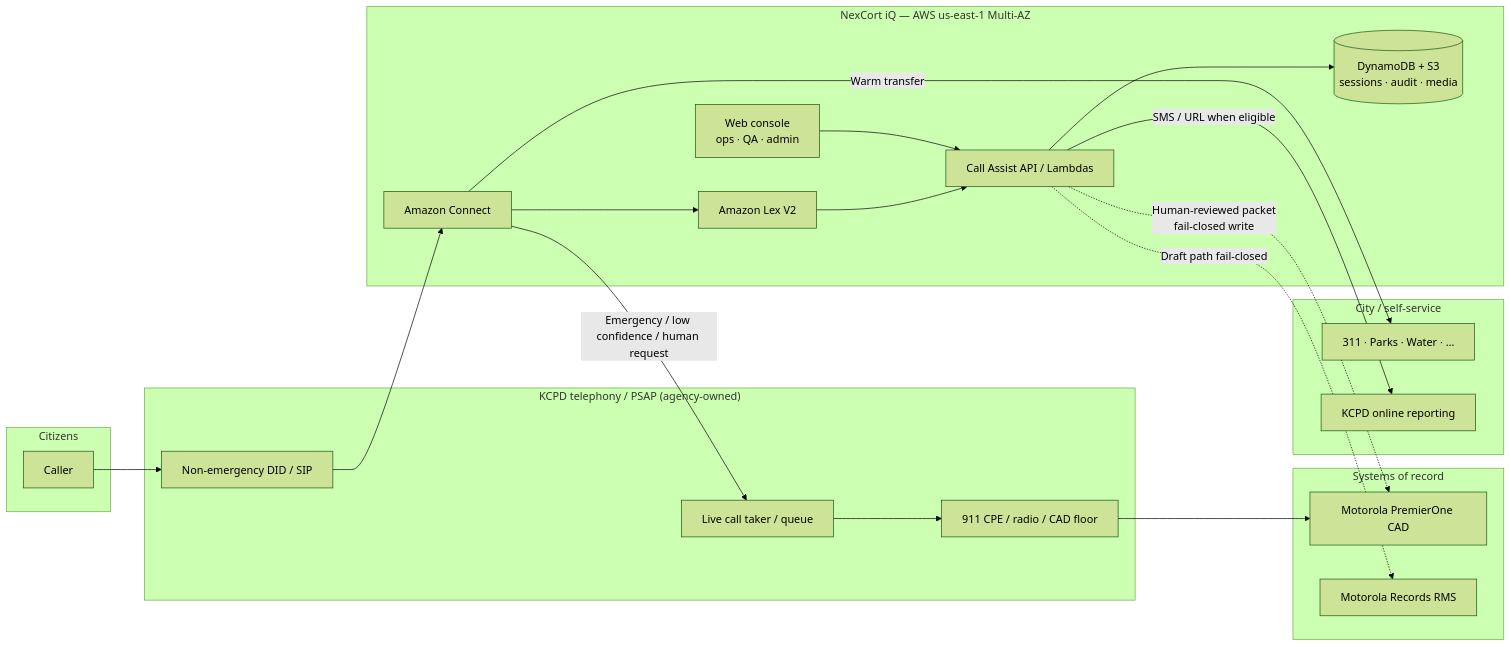
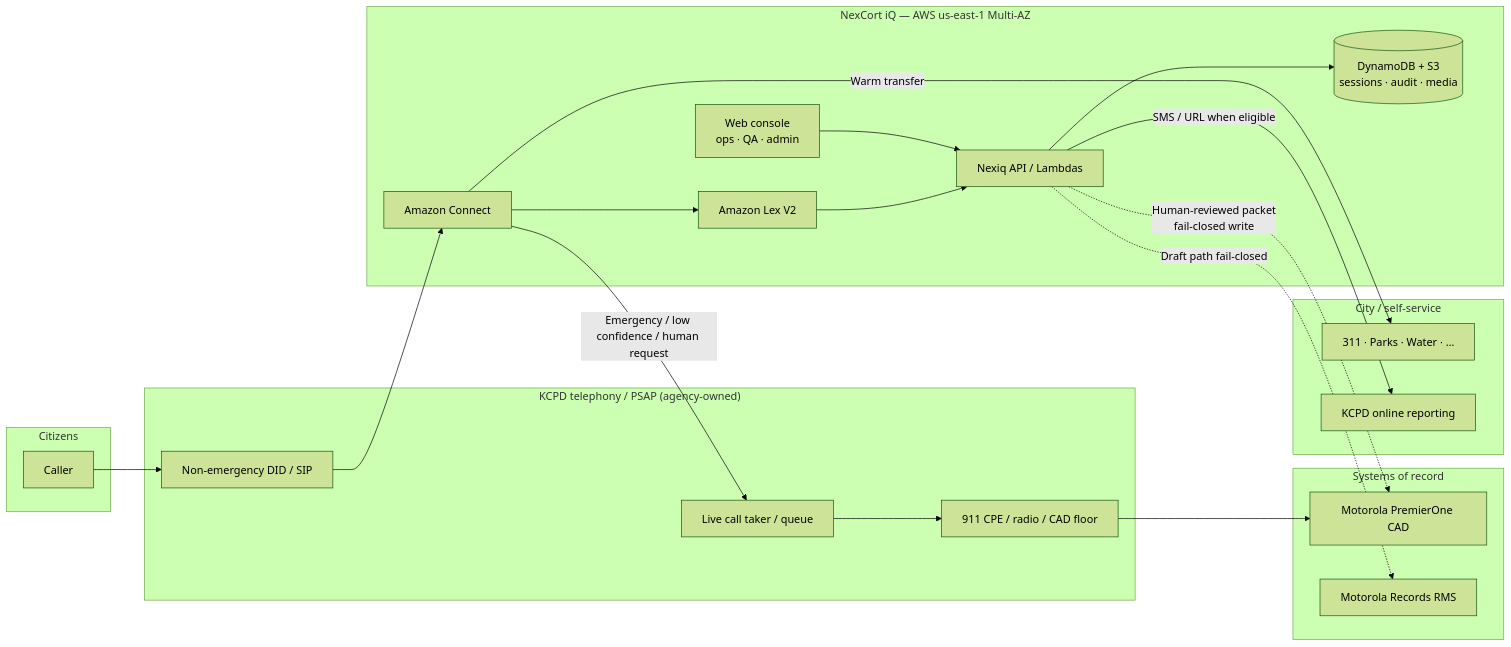
One commit to memphman2004/rapidcortex changed the first of 4 diagrams in docs/rfp/kcpd-2026-0010/07-architecture-overview.md. Above: the diagram before and after it, drawn with Mermaid (forest theme). The commit also changed other lines of this file and 215 other files, not shown here.

````diff
--- a/docs/rfp/kcpd-2026-0010/07-architecture-overview.md
+++ b/docs/rfp/kcpd-2026-0010/07-architecture-overview.md
@@ -21,44 +21,44 @@
 ```mermaid
 flowchart LR
   subgraph Citizens
     C[Caller]
   end
 
   subgraph KCPD_OnPrem["KCPD telephony / PSAP (agency-owned)"]
     NE[Non-emergency DID / SIP]
     CPE[911 CPE / radio / CAD floor]
     Live[Live call taker / queue]
   end
 
   subgraph AWS["NexCort iQ — AWS us-east-1 Multi-AZ"]
     Connect[Amazon Connect]
     Lex[Amazon Lex V2]
-    API[Call Assist API / Lambdas]
+    API[Nexiq API / Lambdas]
     Web[Web console<br/>ops · QA · admin]
     Data[(DynamoDB + S3<br/>sessions · audit · media)]
   end
 
   subgraph External["City / self-service"]
     City[311 · Parks · Water · …]
     Portal[KCPD online reporting]
   end
 
   subgraph CAD_RMS["Systems of record"]
     P1[Motorola PremierOne CAD]
     RMS[Motorola Records RMS]
   end
 
   C --> NE
   NE --> Connect
   Connect --> Lex
   Lex --> API
   API --> Data
   Web --> API
   Connect -->|Emergency / low confidence / human request| Live
   Connect -->|Warm transfer| City
   API -->|SMS / URL when eligible| Portal
   API -.->|Human-reviewed packet<br/>fail-closed write| P1
   API -.->|Draft path fail-closed| RMS
   Live --> CPE
   CPE --> P1
 ```
````
